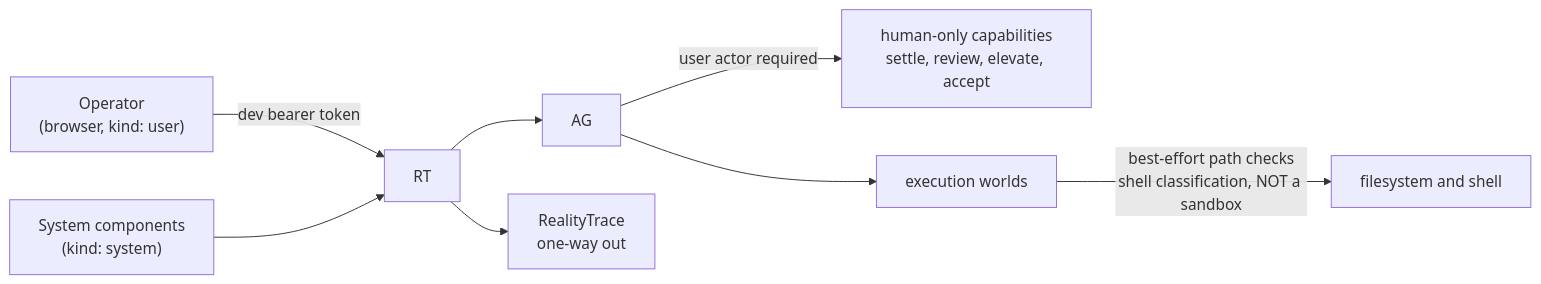
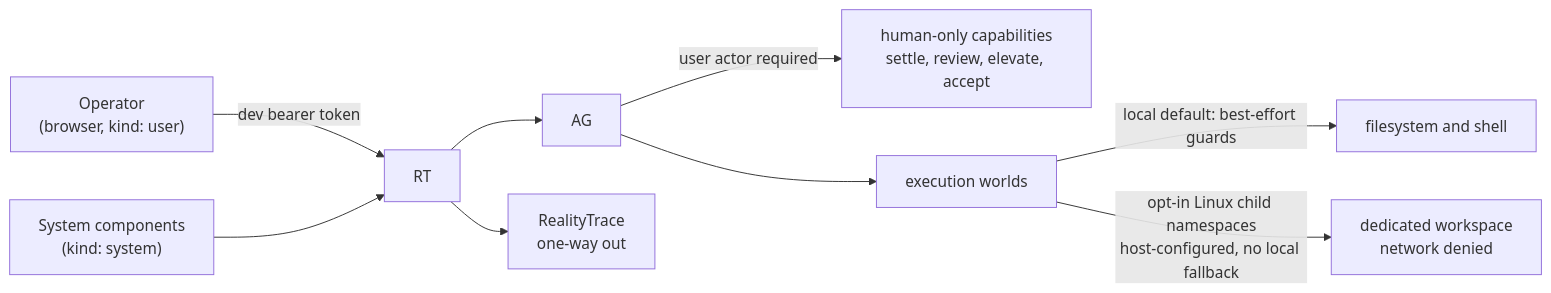
Before and after one commit to GodSpeedAI/Cognate-Workbench: the second of 2 diagrams in docs/architecture.md, drawn with Mermaid. The commit also changed other lines of this file and 70 other files, not shown here.

````diff
--- a/docs/architecture.md
+++ b/docs/architecture.md
@@ -184,10 +193,11 @@
 ```mermaid
 flowchart LR
     OP["Operator<br/>(browser, kind: user)"] -->|"dev bearer token"| RT
     SYS["System components<br/>(kind: system)"] --> RT
     RT --> AG
     AG -->|"user actor required"| HUM["human-only capabilities<br/>settle, review, elevate, accept"]
     AG --> WORLD["execution worlds"]
-    WORLD -->|"best-effort path checks<br/>shell classification, NOT a sandbox"| FS["filesystem and shell"]
+    WORLD -->|"local default: best-effort guards"| FS["filesystem and shell"]
+    WORLD -->|"opt-in Linux child namespaces<br/>host-configured, no local fallback"| CHILD["dedicated workspace<br/>network denied"]
     RT --> SXR["RealityTrace<br/>one-way out"]
 ```
````
